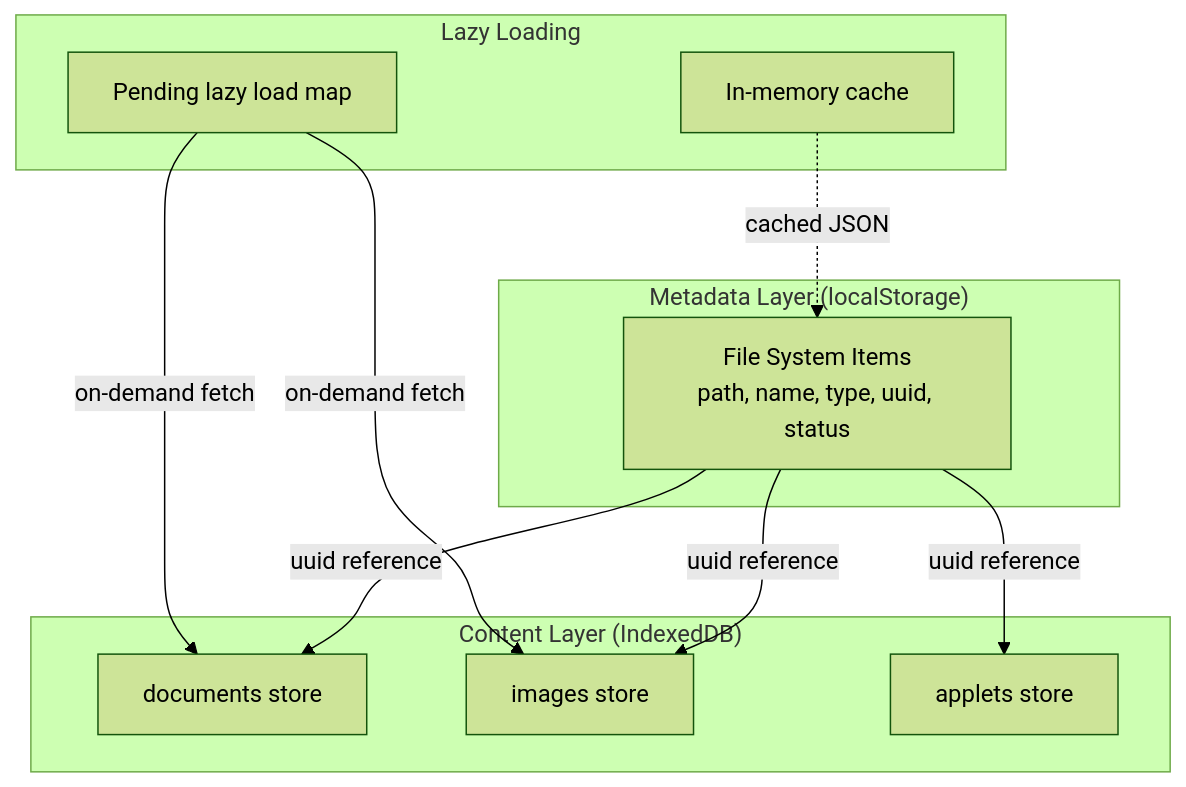
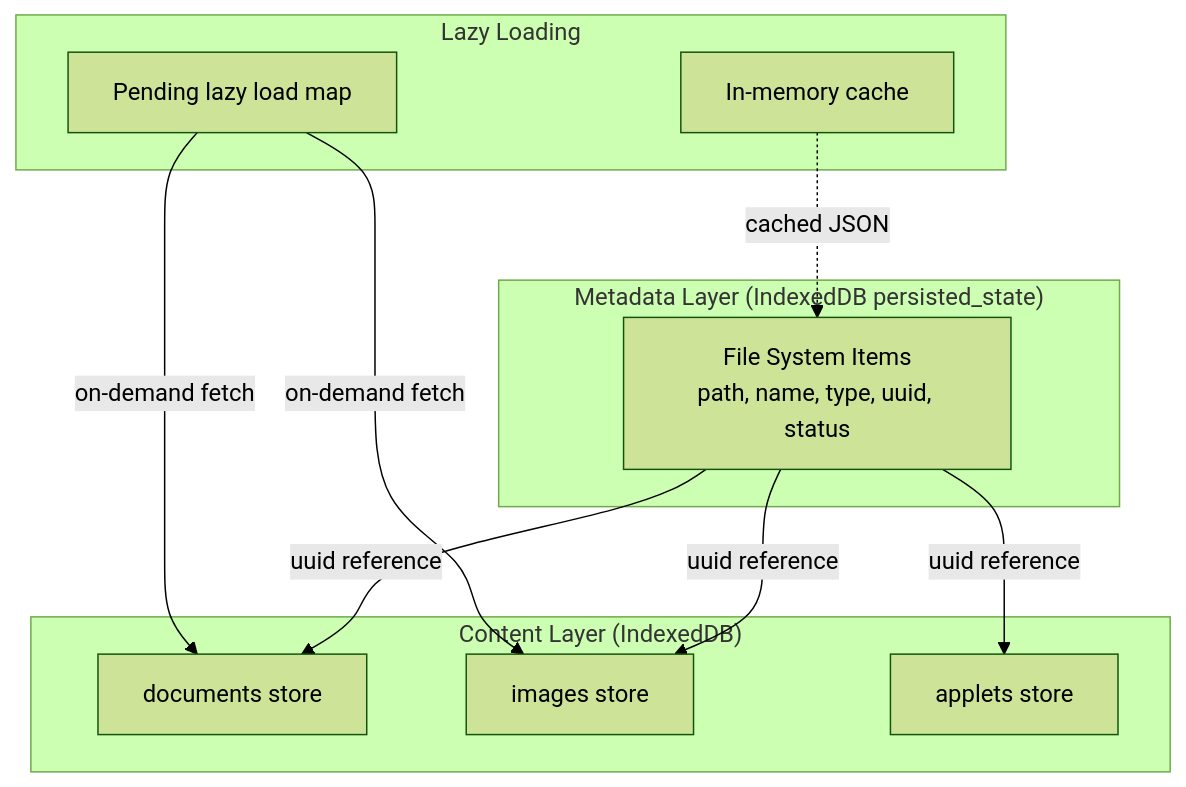
One commit to ryokun6/ryos changed the third of 6 diagrams in docs/3.2-state-management.md. Above: the diagram before and after it, drawn with Mermaid (forest theme). The commit also changed other lines of this file and 49 other files, not shown here.

````diff
--- a/docs/3.2-state-management.md
+++ b/docs/3.2-state-management.md
@@ -276,26 +283,26 @@
 ```mermaid
 flowchart TB
-    subgraph "Metadata Layer (localStorage)"
+    subgraph "Metadata Layer (IndexedDB persisted_state)"
         FS[File System Items<br/>path, name, type, uuid, status]
     end
     
     subgraph "Content Layer (IndexedDB)"
         DOC[documents store]
         IMG[images store]
         APP[applets store]
     end
     
     subgraph "Lazy Loading"
         CACHE[In-memory cache]
         PENDING[Pending lazy load map]
     end
     
     FS -->|uuid reference| DOC
     FS -->|uuid reference| IMG
     FS -->|uuid reference| APP
     
     PENDING -->|on-demand fetch| DOC
     PENDING -->|on-demand fetch| IMG
     
     CACHE -.->|cached JSON| FS
 ```
````
